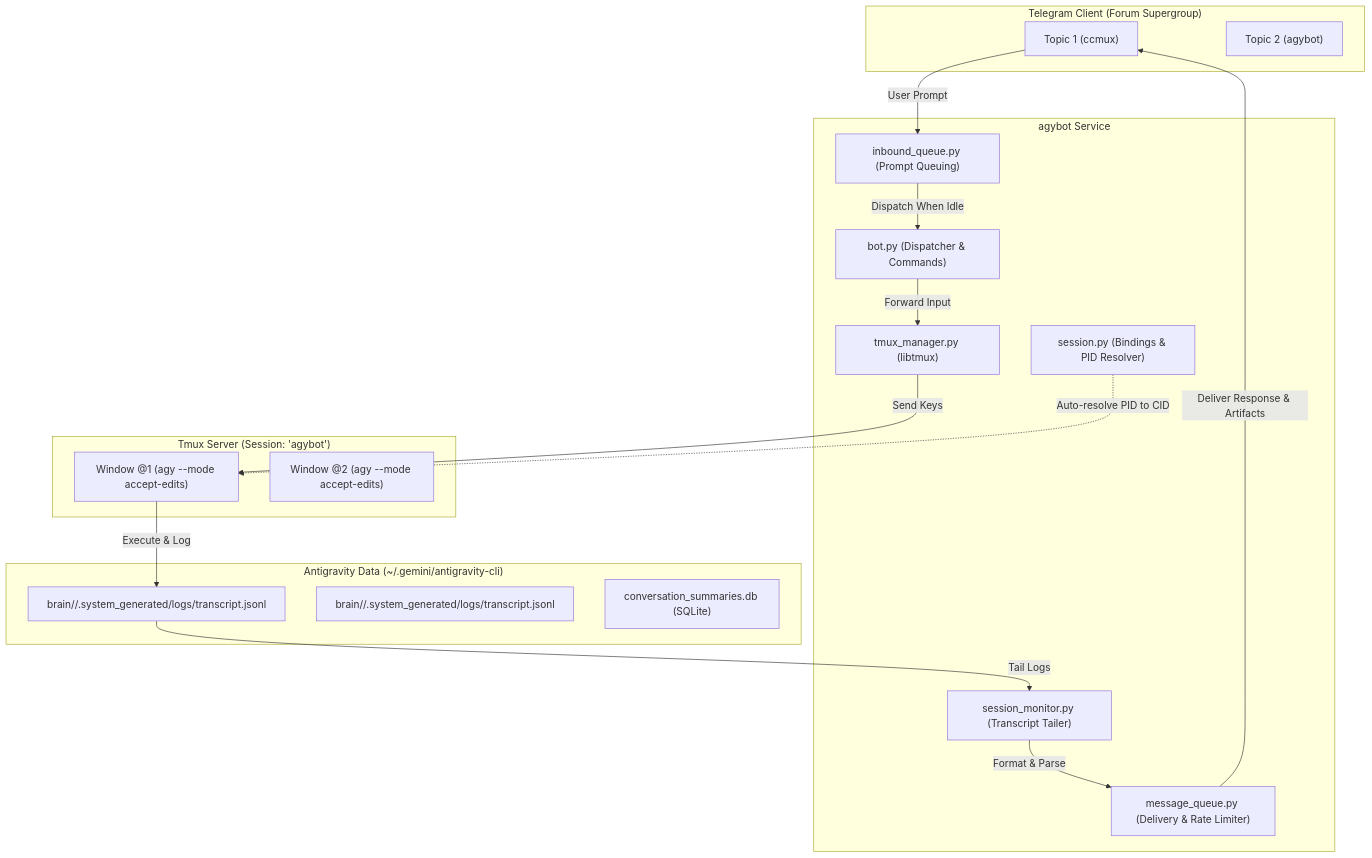
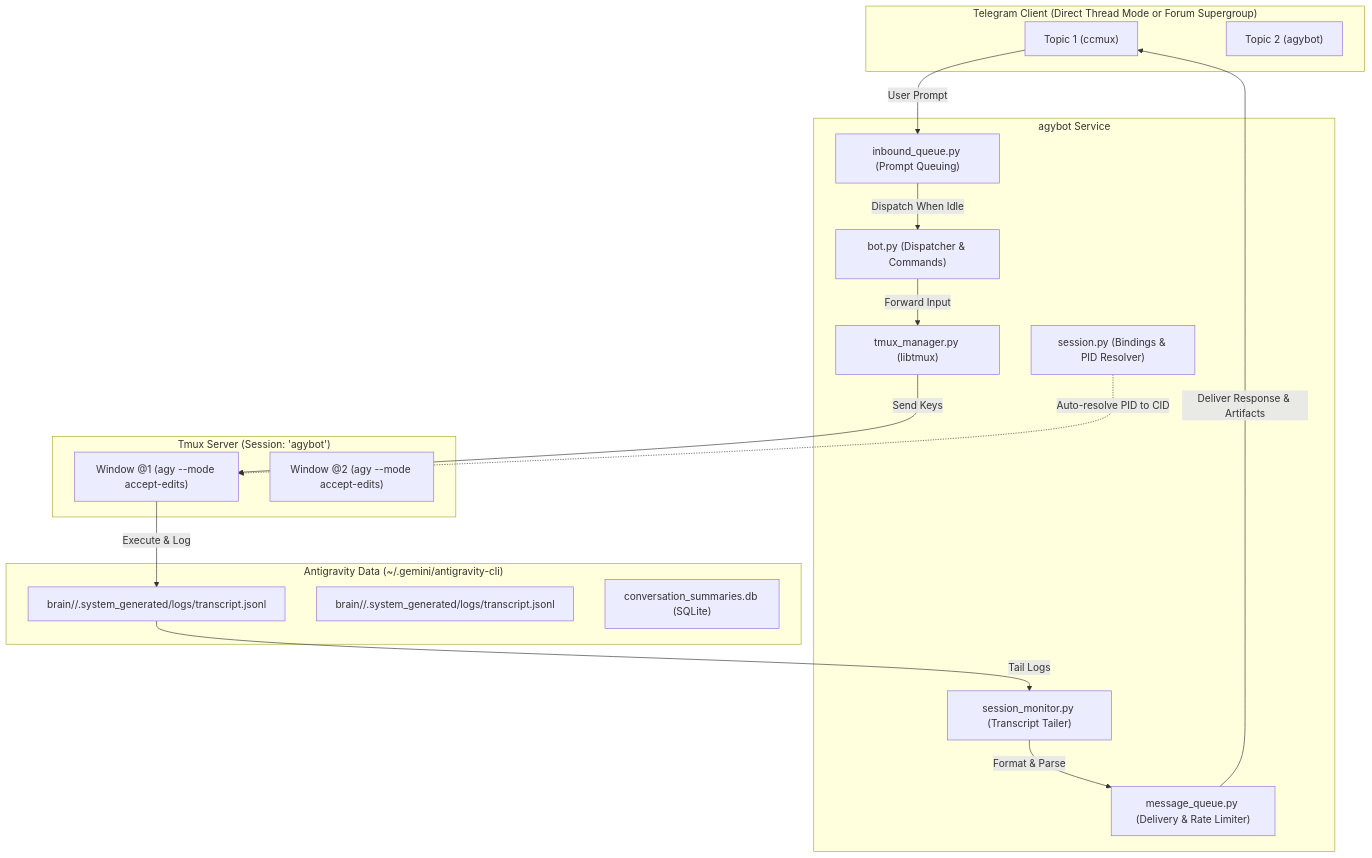
The diagram in README.md (ngatomgyi/agybot), drawn with Mermaid before and after one commit. The commit also changed other lines of this file and 2 other files, not shown here.

Commit message:
docs: clarify support for direct bot chat with thread mode and forum supergroups

````diff
--- a/README.md
+++ b/README.md
@@ -32,37 +32,37 @@
 ```mermaid
 flowchart TD
-    subgraph Telegram["Telegram Client (Forum Supergroup)"]
+    subgraph Telegram["Telegram Client (Direct Thread Mode or Forum Supergroup)"]
         Topic1["Topic 1 (ccmux)"]
         Topic2["Topic 2 (agybot)"]
     end
 
     subgraph agybot["agybot Service"]
         Bot["bot.py (Dispatcher & Commands)"]
         Monitor["session_monitor.py (Transcript Tailer)"]
         SessionMgr["session.py (Bindings & PID Resolver)"]
         TmuxMgr["tmux_manager.py (libtmux)"]
         Queue["message_queue.py (Delivery & Rate Limiter)"]
         InboundQueue["inbound_queue.py (Prompt Queuing)"]
     end
 
     subgraph Tmux["Tmux Server (Session: 'agybot')"]
         Win1["Window @1 (agy --mode accept-edits)"]
         Win2["Window @2 (agy --mode accept-edits)"]
     end
 
     subgraph Storage["Antigravity Data (~/.gemini/antigravity-cli)"]
         Brain1["brain/<id_1>/.system_generated/logs/transcript.jsonl"]
         Brain2["brain/<id_2>/.system_generated/logs/transcript.jsonl"]
         DB["conversation_summaries.db (SQLite)"]
     end
 
     Topic1 -->|User Prompt| InboundQueue
     InboundQueue -->|Dispatch When Idle| Bot
     Bot -->|Forward Input| TmuxMgr
     TmuxMgr -->|Send Keys| Win1
     Win1 -->|Execute & Log| Brain1
     Brain1 -->|Tail Logs| Monitor
     Monitor -->|Format & Parse| Queue
     Queue -->|Deliver Response & Artifacts| Topic1
     SessionMgr -.->|Auto-resolve PID to CID| Win1
 ```
````
